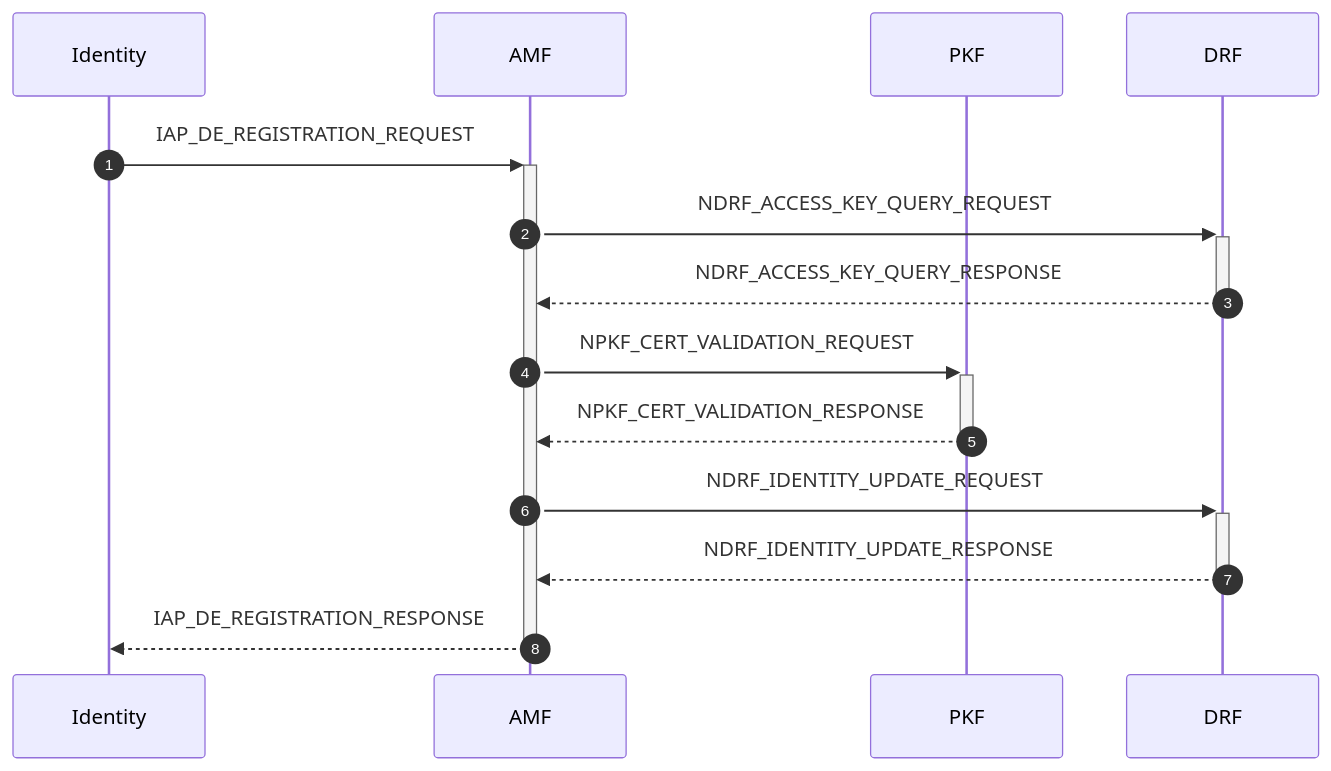
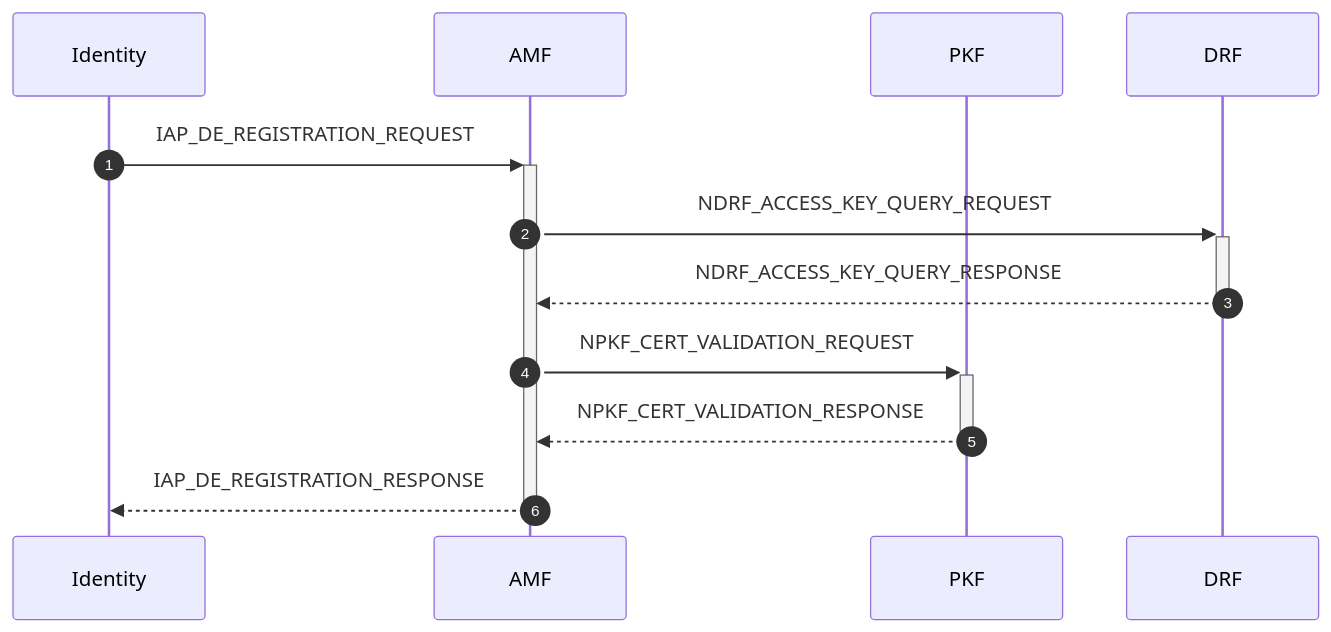
The eighth of 23 diagrams in doc/doc-spec/00-series-general/00.002-procedure.md (veil-link/veilink), drawn with Mermaid before and after one commit. The commit also changed other lines of this file and 2 other files, not shown here.

````diff
--- a/doc/doc-spec/00-series-general/00.002-procedure.md
+++ b/doc/doc-spec/00-series-general/00.002-procedure.md
@@ -184,18 +184,16 @@
 ```mermaid
 sequenceDiagram
     autonumber
 
     participant id as Identity
     participant amf as AMF
     participant pkf as PKF
     participant drf as DRF
 
     id ->>+ amf: IAP_DE_REGISTRATION_REQUEST
     amf ->>+ drf: NDRF_ACCESS_KEY_QUERY_REQUEST
     drf -->>- amf: NDRF_ACCESS_KEY_QUERY_RESPONSE
     amf ->>+ pkf: NPKF_CERT_VALIDATION_REQUEST
     pkf -->>- amf: NPKF_CERT_VALIDATION_RESPONSE
-    amf ->>+ drf: NDRF_IDENTITY_UPDATE_REQUEST
-    drf -->>- amf: NDRF_IDENTITY_UPDATE_RESPONSE
     amf -->>- id: IAP_DE_REGISTRATION_RESPONSE
 ```
````
